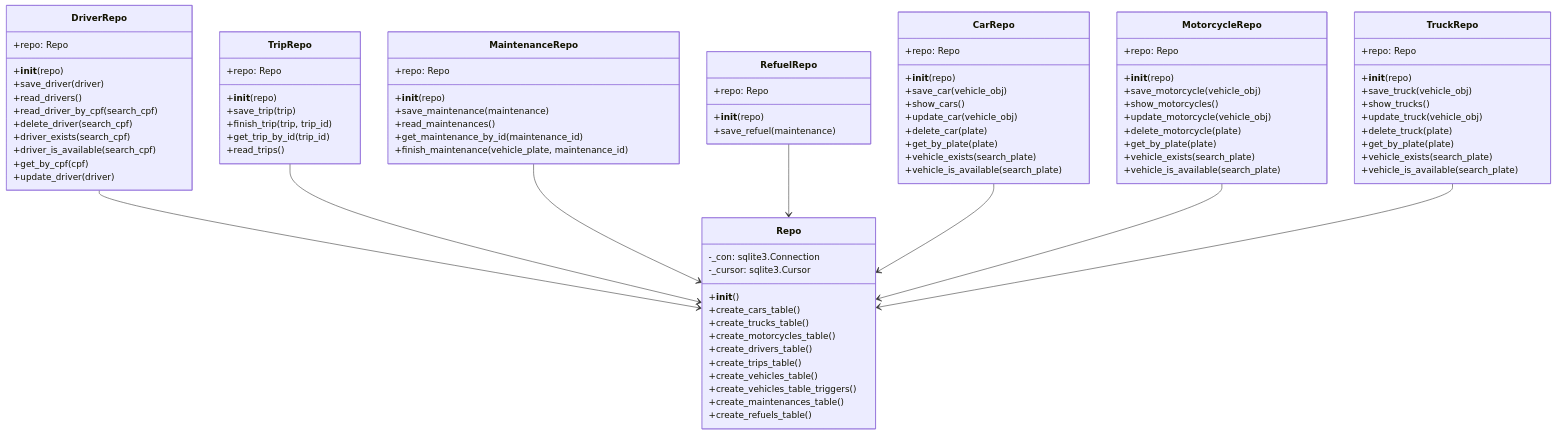
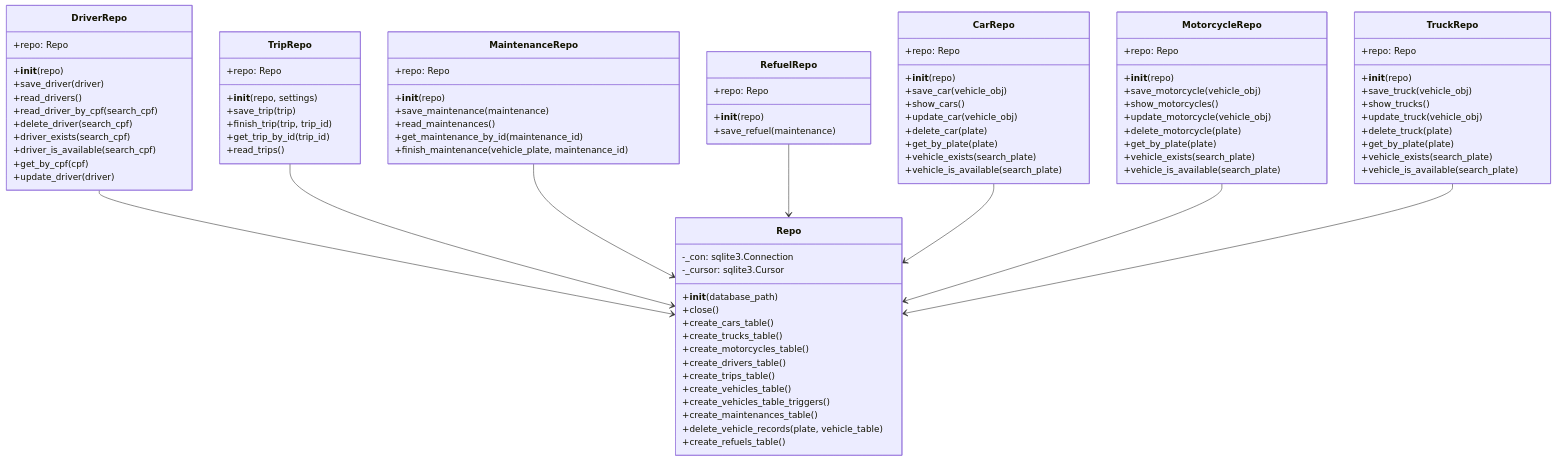
The third of 4 diagrams in README.md (TocaiaLd/vfms), drawn with Mermaid before and after one commit. The commit also changed other lines of this file and 9 other files, not shown here.

```diff
--- a/README.md
+++ b/README.md
@@ -332,7 +388,7 @@
 	}
 	class TripRepo {
 		+repo: Repo
-		+__init__(repo)
+		+__init__(repo, settings)
 		+save_trip(trip)
 		+finish_trip(trip, trip_id)
 		+get_trip_by_id(trip_id)
@@ -387,7 +443,8 @@
 	class Repo {
 		-_con: sqlite3.Connection
 		-_cursor: sqlite3.Cursor
-		+__init__()
+		+__init__(database_path)
+		+close()
 		+create_cars_table()
 		+create_trucks_table()
 		+create_motorcycles_table()
@@ -396,6 +453,7 @@
 		+create_vehicles_table()
 		+create_vehicles_table_triggers()
 		+create_maintenances_table()
+		+delete_vehicle_records(plate, vehicle_table)
 		+create_refuels_table()
 	}
 	DriverRepo --> Repo
```
